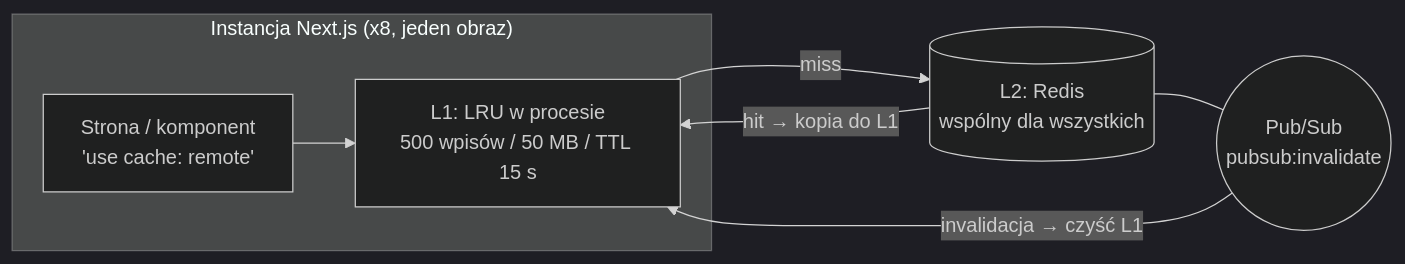
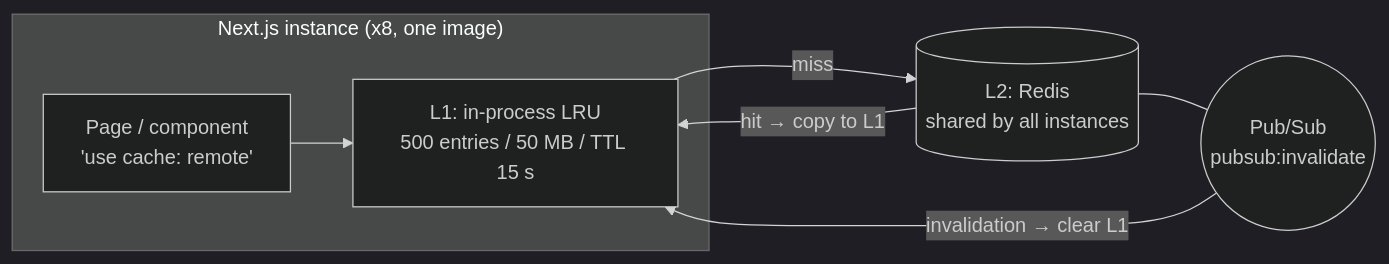
Before and after one commit to Regnar110/cursor-playground: the first of 7 diagrams in apps/tmeNext/docs/CACHING.md, drawn with Mermaid (dark theme). The commit also changed other lines of this file and 3 other files, not shown here.

````diff
--- a/apps/tmeNext/docs/CACHING.md
+++ b/apps/tmeNext/docs/CACHING.md
@@ -12,15 +13,15 @@
 ```mermaid
 flowchart LR
-    subgraph Instancja["Instancja Next.js (x8, jeden obraz)"]
-        APP["Strona / komponent<br/>'use cache: remote'"]
-        L1["L1: LRU w procesie<br/>500 wpisów / 50 MB / TTL 15 s"]
+    subgraph Instance["Next.js instance (x8, one image)"]
+        APP["Page / component<br/>'use cache: remote'"]
+        L1["L1: in-process LRU<br/>500 entries / 50 MB / TTL 15 s"]
     end
-    R[("L2: Redis<br/>wspólny dla wszystkich")]
+    R[("L2: Redis<br/>shared by all instances")]
     PS(("Pub/Sub<br/>pubsub:invalidate"))
 
     APP --> L1
     L1 -- "miss" --> R
-    R -- "hit → kopia do L1" --> L1
+    R -- "hit → copy to L1" --> L1
     R --- PS
-    PS -- "invalidacja → czyść L1" --> L1
+    PS -- "invalidation → clear L1" --> L1
 ```
````
